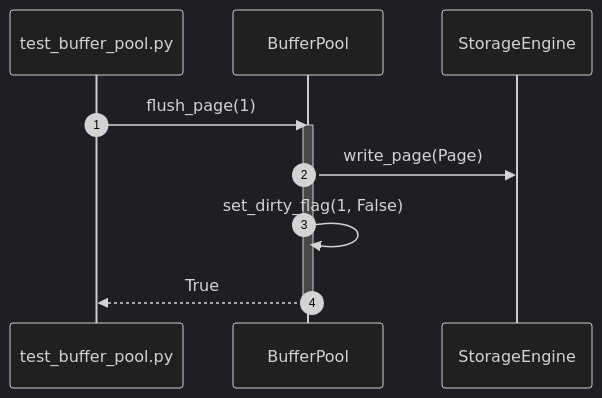
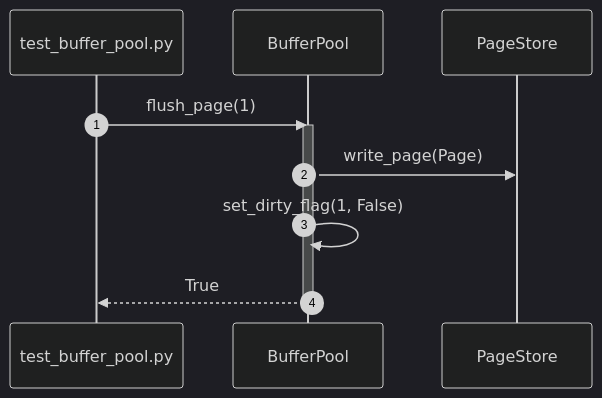
One commit to taitran501/DBMS changed the tenth of 56 diagrams in diagrams/sequence/storage_engine.md. Above: the diagram before and after it, drawn with Mermaid (dark theme). The commit also changed other lines of this file and 5 other files, not shown here.

Commit message:
test: define buffer pool and Storage Engine

````diff
--- a/diagrams/sequence/storage_engine.md
+++ b/diagrams/sequence/storage_engine.md
@@ -155,14 +155,14 @@
 ```mermaid
 sequenceDiagram
     autonumber
     participant Test as test_buffer_pool.py
     participant SUT as BufferPool
-    participant StorageEngine as StorageEngine
+    participant PageStore as PageStore
 
     Test->>SUT: flush_page(1)
     activate SUT
-    SUT->>StorageEngine: write_page(Page)
+    SUT->>PageStore: write_page(Page)
     SUT->>SUT: set_dirty_flag(1, False)
     SUT-->>Test: True
     deactivate SUT
 ```
````
